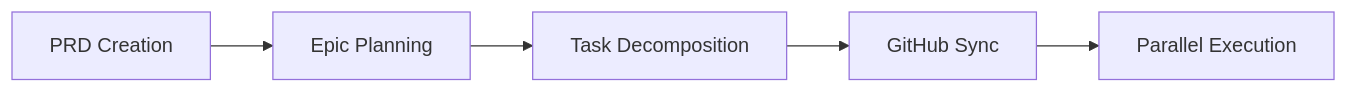
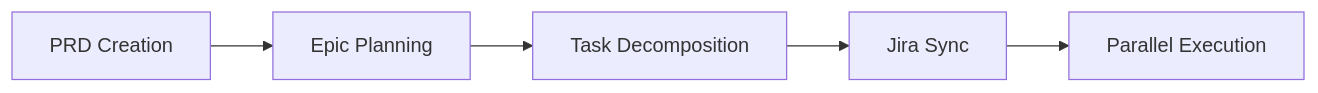
Before and after one commit to JackyXu866/ccpm-jira: the diagram in README.md, drawn with Mermaid. The commit also changed other lines of this file and 25 other files, not shown here.

````diff
--- a/README.md
+++ b/README.md
@@ -51,7 +50,7 @@
 ```mermaid
 graph LR
     A[PRD Creation] --> B[Epic Planning]
     B --> C[Task Decomposition]
-    C --> D[GitHub Sync]
+    C --> D[Jira Sync]
     D --> E[Parallel Execution]
 ```
````
